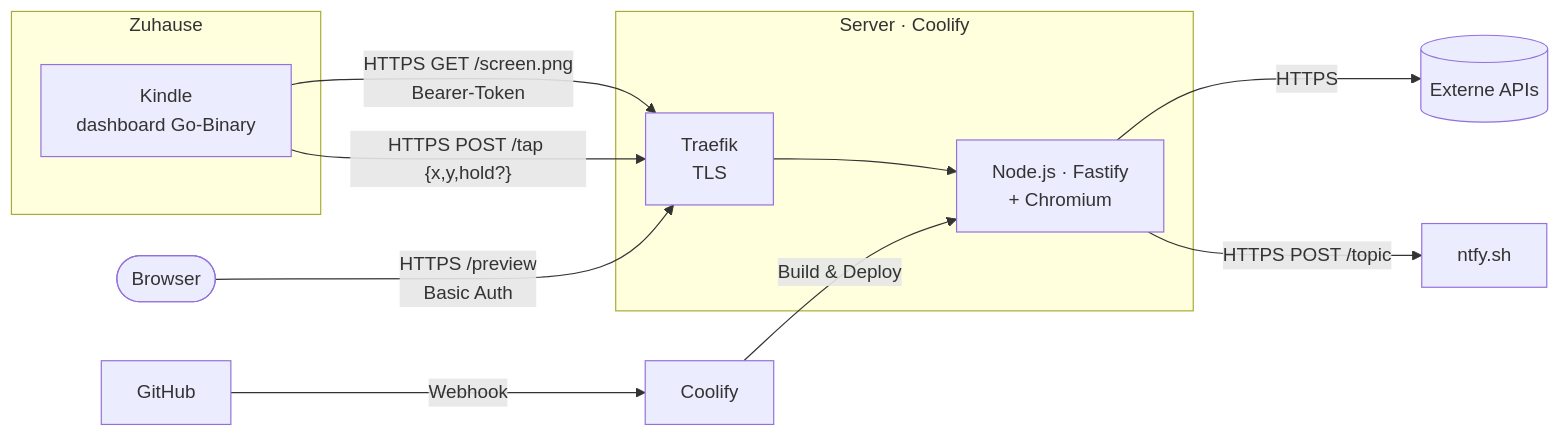
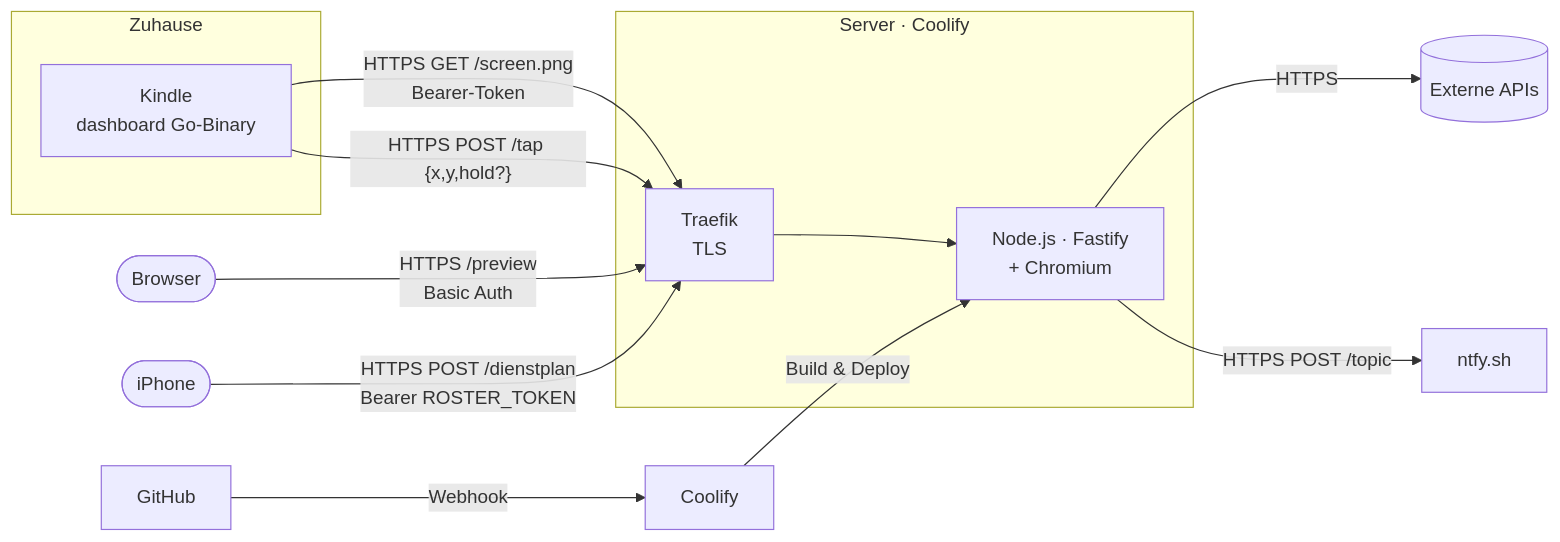
The second of 11 diagrams in docs/architektur/arc42.md (pfederi/kindle-dashboard), drawn with Mermaid before and after one commit. The commit also changed other lines of this file and 1 other file, not shown here.

Commit message:
README und arc42: Dienstplan, Volume STATE_DIR, Akkukurve auf dem Volume

````diff
--- a/docs/architektur/arc42.md
+++ b/docs/architektur/arc42.md
@@ -124,15 +128,16 @@
 ```mermaid
 flowchart LR
   subgraph home [Zuhause]
     k[Kindle<br/>dashboard Go-Binary]
   end
   subgraph vps [Server · Coolify]
     t[Traefik<br/>TLS] --> s[Node.js · Fastify<br/>+ Chromium]
   end
   k -- "HTTPS GET /screen.png<br/>Bearer-Token" --> t
   k -- "HTTPS POST /tap {x,y,hold?}" --> t
   b([Browser]) -- "HTTPS /preview<br/>Basic Auth" --> t
+  p([iPhone]) -- "HTTPS POST /dienstplan<br/>Bearer ROSTER_TOKEN" --> t
   s -- HTTPS --> apis[(Externe APIs)]
   s -- "HTTPS POST /topic" --> n[ntfy.sh]
   gh[GitHub] -- Webhook --> c[Coolify] -- Build & Deploy --> s
 ```
````
